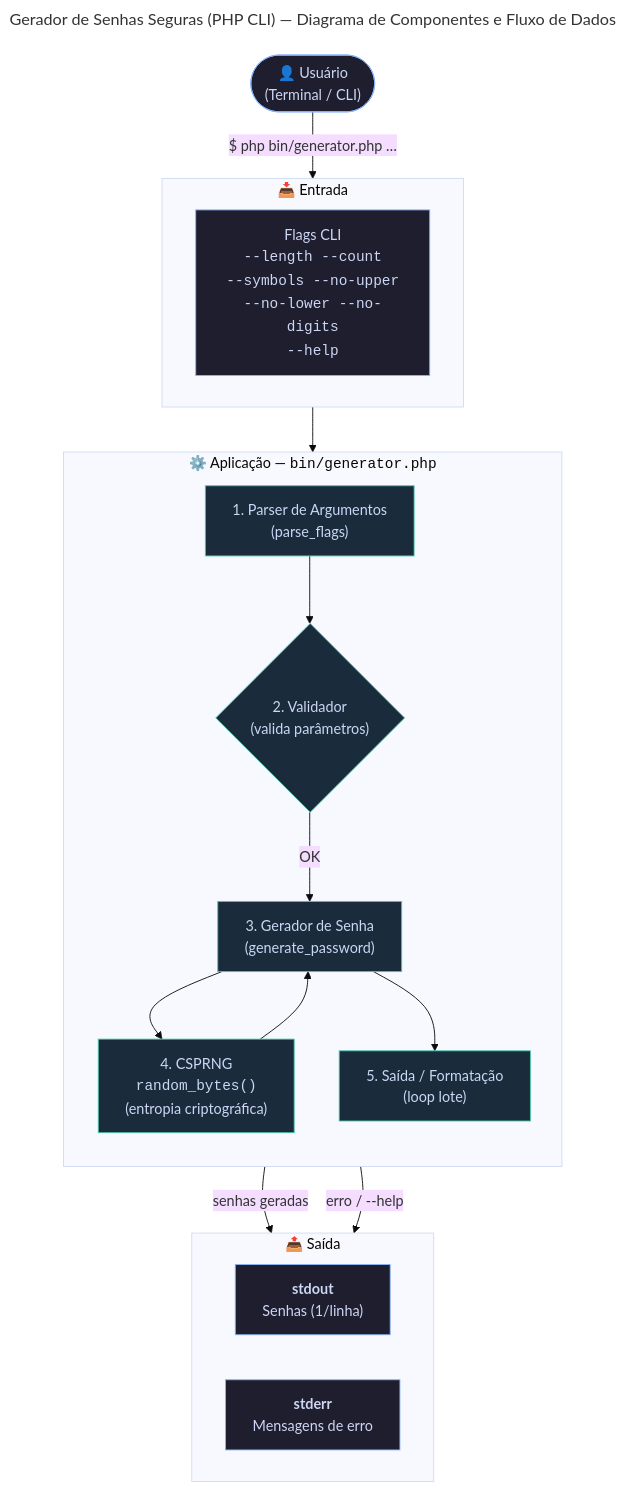
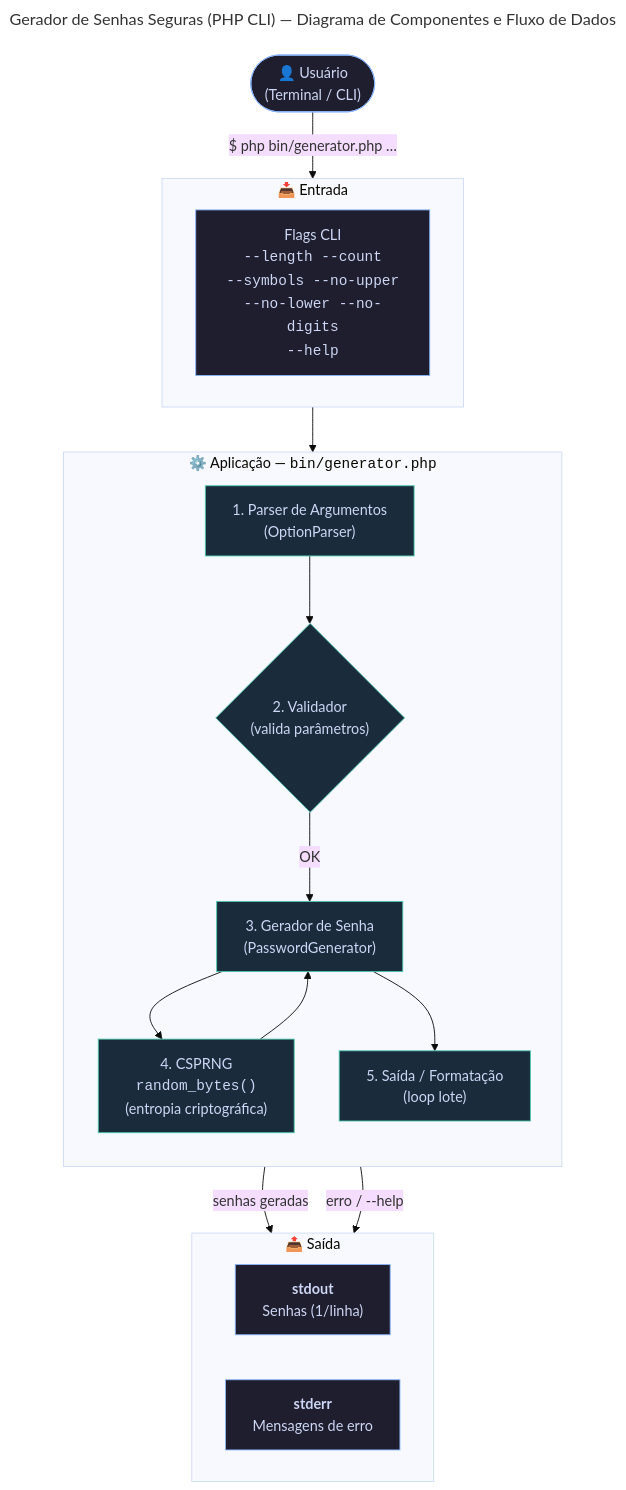
The diagram in docs/diagrama-componentes.mmd (ronaldosjunior/lab), drawn with Mermaid (base theme) before and after one commit. The commit also changed 7 other files, not shown here.

```diff
--- a/docs/diagrama-componentes.mmd
+++ b/docs/diagrama-componentes.mmd
@@ -1,65 +1,65 @@
 ---
 title: Gerador de Senhas Seguras (PHP CLI) — Diagrama de Componentes e Fluxo de Dados
 version: "0.1"
 ---
 
 flowchart TD
     %% ═══════════════════════════════════════════════
     %%  Externos
     %% ═══════════════════════════════════════════════
     USER(["👤 Usuário<br/>(Terminal / CLI)"])
 
     %% ═══════════════════════════════════════════════
     %%  Entrada
     %% ═══════════════════════════════════════════════
     subgraph INPUT ["📥 Entrada"]
         direction LR
         ARGS["Flags CLI<br/><code>--length --count<br/>--symbols --no-upper<br/>--no-lower --no-digits<br/>--help</code>"]
     end
 
     %% ═══════════════════════════════════════════════
     %%  Aplicação (bin/generator.php)
     %% ═══════════════════════════════════════════════
     subgraph APP ["⚙️ Aplicação — <code>bin/generator.php</code>"]
         direction TB
 
-        PARSER["1. Parser de Argumentos<br/>(parse_flags)"]
+        PARSER["1. Parser de Argumentos<br/>(OptionParser)"]
         VALIDATOR{"2. Validador<br/>(valida parâmetros)"}
-        GENERATOR["3. Gerador de Senha<br/>(generate_password)"]
+        GENERATOR["3. Gerador de Senha<br/>(PasswordGenerator)"]
         CSPRNG["4. CSPRNG<br/><code>random_bytes()</code><br/>(entropia criptográfica)"]
         BANNER["5. Saída / Formatação<br/>(loop lote)"]
 
         PARSER --> VALIDATOR
         VALIDATOR -- "OK" --> GENERATOR
         GENERATOR --> CSPRNG
         CSPRNG --> GENERATOR
         GENERATOR --> BANNER
     end
 
     %% ═══════════════════════════════════════════════
     %%  Saída
     %% ═══════════════════════════════════════════════
     subgraph OUTPUT ["📤 Saída"]
         direction LR
         STDOUT["<b>stdout</b><br/>Senhas (1/linha)"]
         STDERR["<b>stderr</b><br/>Mensagens de erro"]
     end
 
     %% ═══════════════════════════════════════════════
     %%  Conexões externas
     %% ═══════════════════════════════════════════════
     USER -->|"$ php bin/generator.php …"| ARGS
     ARGS --> PARSER
 
     BANNER -->|"senhas geradas"| STDOUT
     VALIDATOR -->|"erro / --help"| STDERR
 
     %% ═══════════════════════════════════════════════
     %%  Estilo
     %% ═══════════════════════════════════════════════
     classDef ext fill:#1e1e2e,stroke:#89b4fa,color:#cdd6f4
     classDef ok  fill:#1a2b3c,stroke:#4ec9b0,color:#cdd6f4
     classDef err fill:#2d1b1b,stroke:#f38ba8,color:#cdd6f4
 
     class USER,ARGS,STDOUT,STDERR ext
     class PARSER,VALIDATOR,GENERATOR,CSPRNG,BANNER ok
```
